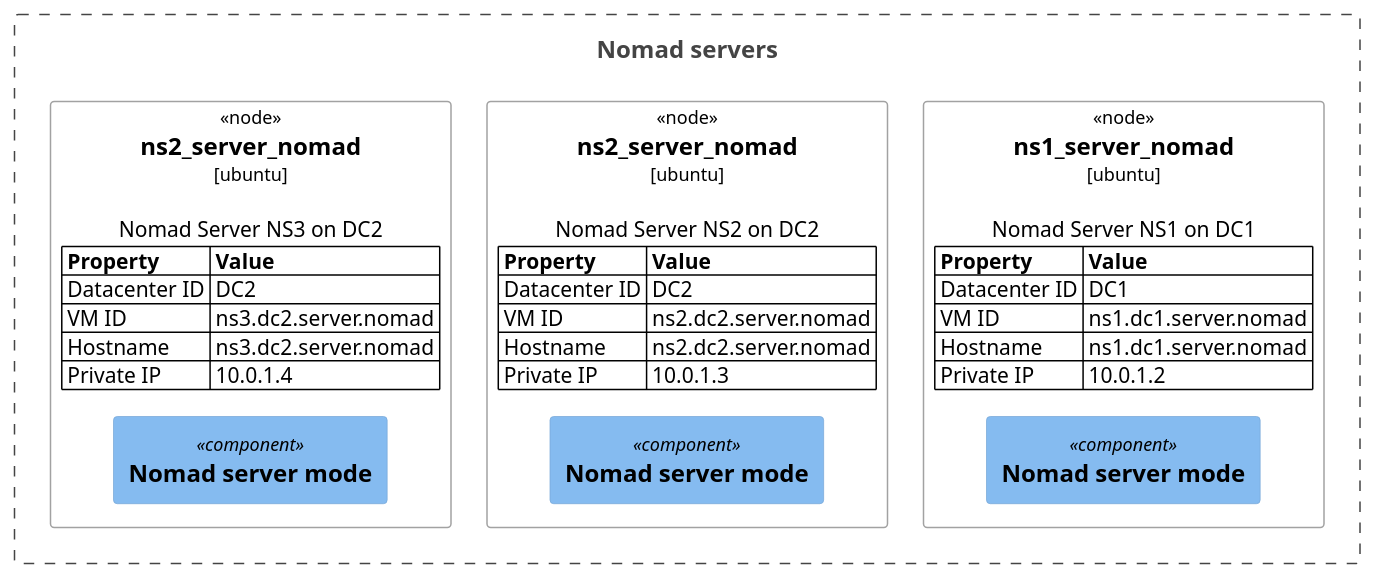
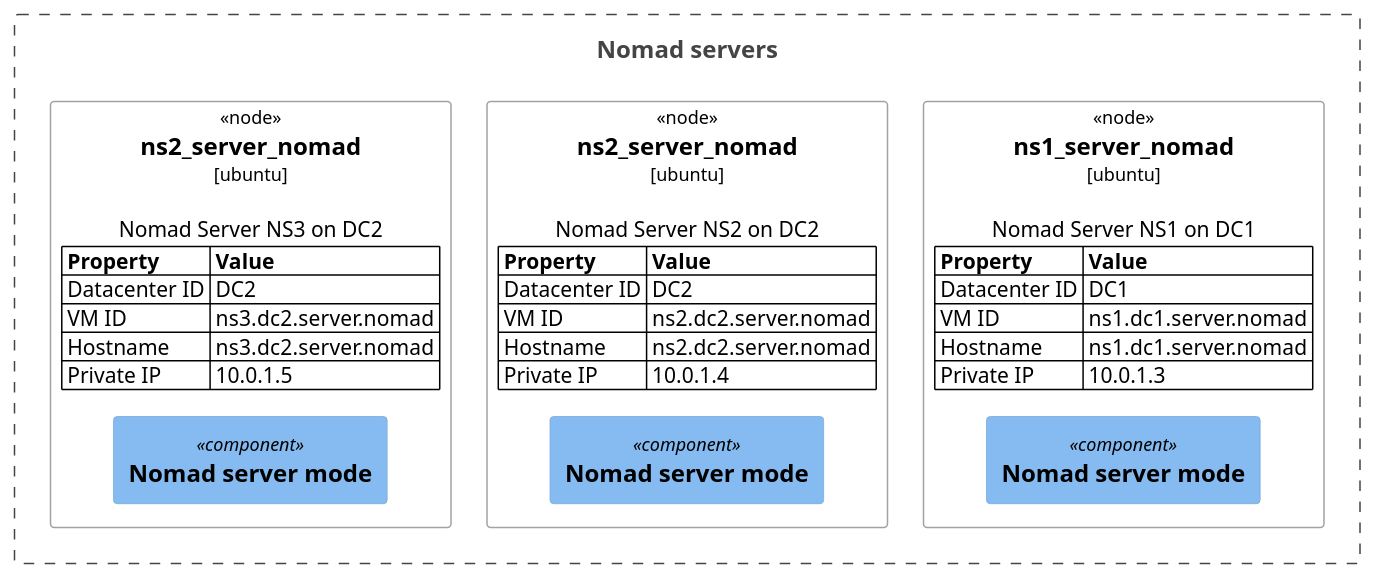
The second of 3 diagrams in doc/local_infrastructure.plantuml (Trenrod/nomadtest), drawn with PlantUML before and after one commit. The commit also changed other lines of this file and 5 other files, not shown here.

```diff
--- a/doc/local_infrastructure.plantuml
+++ b/doc/local_infrastructure.plantuml
@@ -14,29 +14,29 @@
 @startuml nomad_server
 !include https://raw.githubusercontent.com/plantuml-stdlib/C4-PlantUML/master/C4_Deployment.puml
 !include https://raw.githubusercontent.com/plantuml-stdlib/C4-PlantUML/master/C4_Component.puml
 Boundary(nomad_servers, "Nomad servers") {
     AddProperty("Datacenter ID", "DC1")
     AddProperty("VM ID", "ns1.dc1.server.nomad")
     AddProperty("Hostname", "ns1.dc1.server.nomad")
-    AddProperty("Private IP", "10.0.1.2")
+    AddProperty("Private IP", "10.0.1.3")
     Node(dc1_ns1, ns1_server_nomad, ubuntu, "Nomad Server NS1 on DC1") {
         Component(nomad_server1, "Nomad server mode")
     }
 
     AddProperty("Datacenter ID", "DC2")
     AddProperty("VM ID", "ns2.dc2.server.nomad")
     AddProperty("Hostname", "ns2.dc2.server.nomad")
-    AddProperty("Private IP", "10.0.1.3")
+    AddProperty("Private IP", "10.0.1.4")
     Node(dc2_ns1, ns2_server_nomad, ubuntu, "Nomad Server NS2 on DC2") {
         Component(nomad_server2, "Nomad server mode")
     }
 
     AddProperty("Datacenter ID", "DC2")
     AddProperty("VM ID", "ns3.dc2.server.nomad")
     AddProperty("Hostname", "ns3.dc2.server.nomad")
-    AddProperty("Private IP", "10.0.1.4")
+    AddProperty("Private IP", "10.0.1.5")
     Node(dc2_ns2, ns2_server_nomad, ubuntu, "Nomad Server NS3 on DC2") {
         Component(nomad_server3, "Nomad server mode")
     }
 }
 @enduml
```
